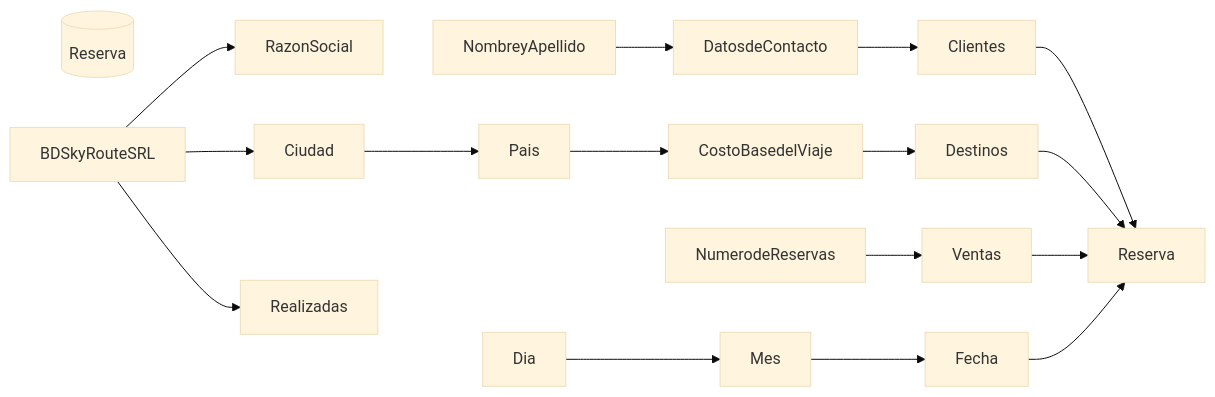
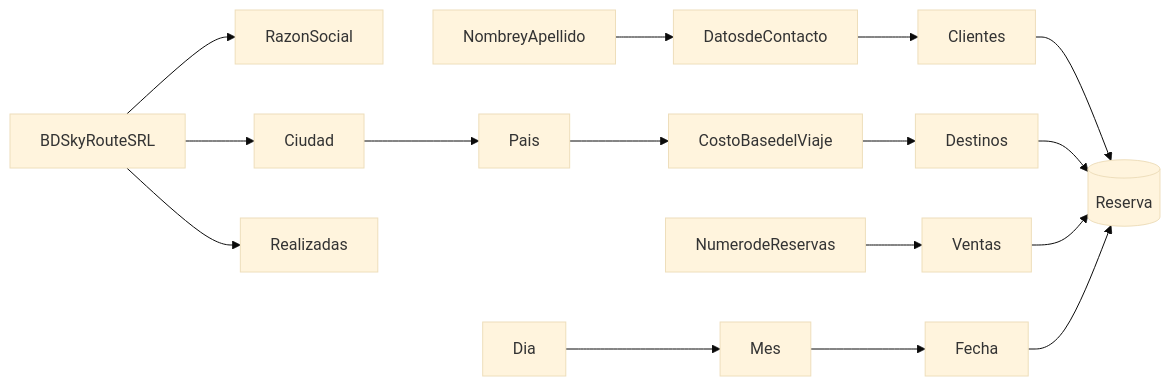
Before and after one commit to Juan-jcm-7/BD: the diagram in README.MD, drawn with Mermaid (base theme).

````diff
--- a/README.MD
+++ b/README.MD
@@ -1,19 +1,19 @@
 ```mermaid
 graph LR;
   ordersDB[(Reserva)]
   BDSkyRouteSRL-->RazonSocial;
   BDSkyRouteSRL-->Ciudad
   BDSkyRouteSRL-->Realizadas
   NombreyApellido-->DatosdeContacto;
   DatosdeContacto-->Clientes;
-  Clientes-->Reserva;
+  Clientes-->ordersDB;
   Ciudad-->Pais;
   Pais-->CostoBasedelViaje;
   CostoBasedelViaje-->Destinos;
-  Destinos-->Reserva;
+  Destinos-->ordersDB;
   NumerodeReservas-->Ventas;
-  Ventas-->Reserva;
+  Ventas-->ordersDB;
   Dia-->Mes;
   Mes-->Fecha;
-  Fecha-->Reserva;
+  Fecha-->ordersDB;
 ```
````
